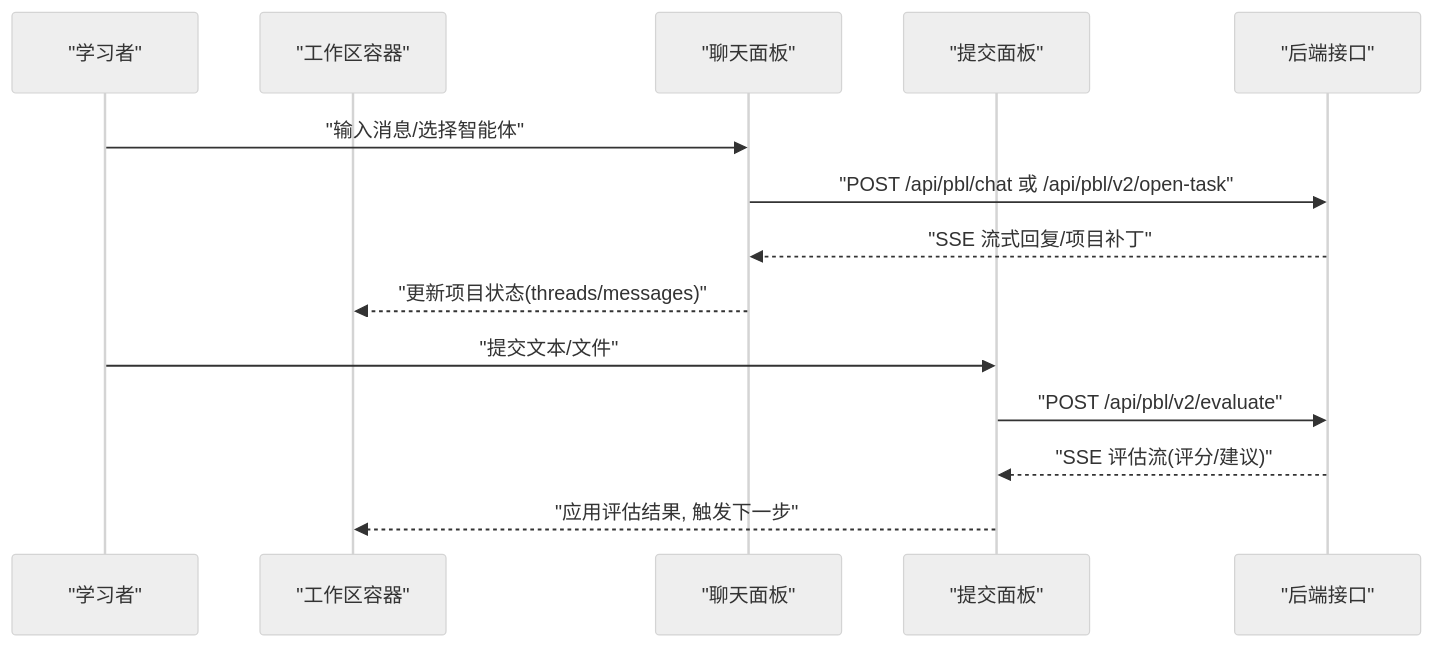
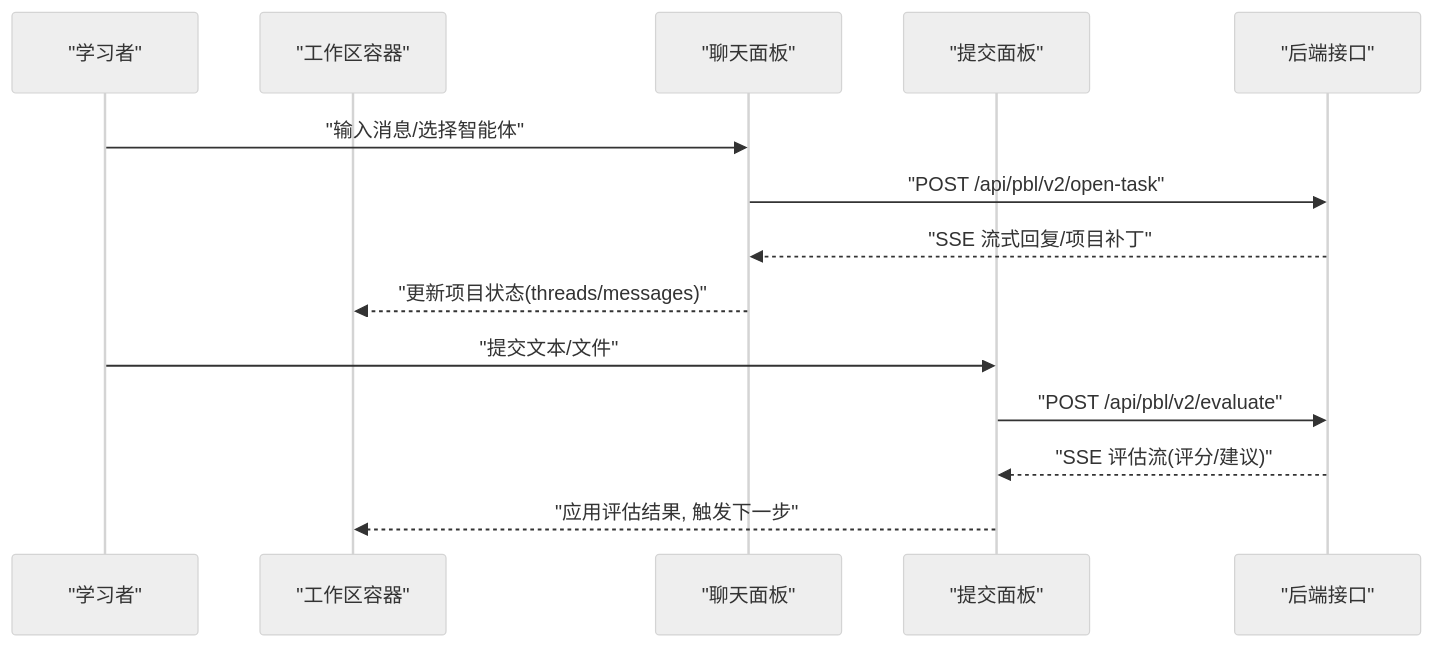
One commit to huangboheng/OpenMAIC changed the first of 2 diagrams in .qoder/repowiki/zh/content/UI 组件系统/场景渲染组件/项目制学习渲染器/工作区管理.md. Above: the diagram before and after it, drawn with Mermaid (neutral theme). The commit also changed other lines of this file and 23 other files, not shown here.

````diff
--- a/.qoder/repowiki/zh/content/UI 组件系统/场景渲染组件/项目制学习渲染器/工作区管理.md
+++ b/.qoder/repowiki/zh/content/UI 组件系统/场景渲染组件/项目制学习渲染器/工作区管理.md
@@ -28,16 +31,16 @@
 ```mermaid
 sequenceDiagram
 participant Learner as "学习者"
 participant WS as "工作区容器"
 participant Chat as "聊天面板"
 participant Sub as "提交面板"
 participant API as "后端接口"
 Learner->>Chat : "输入消息/选择智能体"
-Chat->>API : "POST /api/pbl/chat 或 /api/pbl/v2/open-task"
+Chat->>API : "POST /api/pbl/v2/open-task"
 API-->>Chat : "SSE 流式回复/项目补丁"
 Chat-->>WS : "更新项目状态(threads/messages)"
 Learner->>Sub : "提交文本/文件"
 Sub->>API : "POST /api/pbl/v2/evaluate"
 API-->>Sub : "SSE 评估流(评分/建议)"
 Sub-->>WS : "应用评估结果, 触发下一步"
 ```
````
